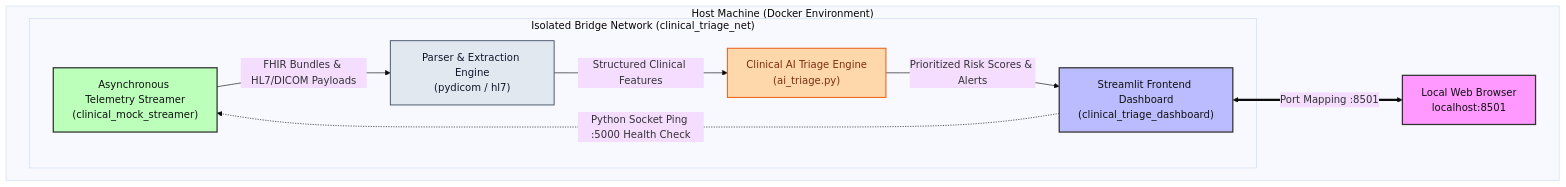
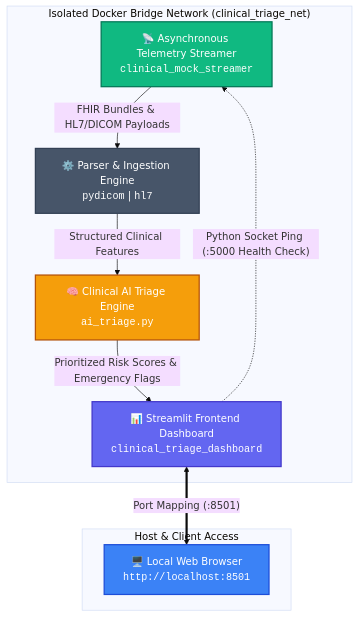
The diagram in README.md (dammyoguntuyi-ui/Clinical-AI-Triage-Pipeline), drawn with Mermaid (base theme) before and after one commit.

Commit message:
docs: optimize mermaid diagram for vertical rendering and contrast

````diff
--- a/README.md
+++ b/README.md
@@ -37,26 +37,35 @@
 ```mermaid
 flowchart TD
-    subgraph Host["Host Machine (Docker Environment)"]
-        Browser["Local Web Browser<br/>localhost:8501"]
-        
-        subgraph Bridge["Isolated Bridge Network (clinical_triage_net)"]
-            Streamer["Asynchronous Telemetry Streamer<br/>(clinical_mock_streamer)"]
-            Parser["Parser & Extraction Engine<br/>(pydicom / hl7)"]
-            Engine["Clinical AI Triage Engine<br/>(ai_triage.py)"]
-            Dashboard["Streamlit Frontend Dashboard<br/>(clinical_triage_dashboard)"]
-            
-            Streamer -->|"FHIR Bundles & HL7/DICOM Payloads"| Parser
-            Parser -->|"Structured Clinical Features"| Engine
-            Engine -->|"Prioritized Risk Scores & Alerts"| Dashboard
-            Dashboard -.->|"Python Socket Ping :5000 Health Check"| Streamer
-        end
-        
-        Dashboard <==>|"Port Mapping :8501"| Browser
+    subgraph Client["Host & Client Access"]
+        Browser["🖥️ Local Web Browser<br/><code>http://localhost:8501</code>"]
     end
 
-    style Browser fill:#f9f,stroke:#333,stroke-width:2px,color:#111
-    style Dashboard fill:#bbf,stroke:#333,stroke-width:2px,color:#111
-    style Streamer fill:#bfb,stroke:#333,stroke-width:2px,color:#111
-    style Parser fill:#e2e8f0,stroke:#475569,stroke-width:1.5px,color:#0f172a
-    style Engine fill:#fed7aa,stroke:#ea580c,stroke-width:1.5px,color:#7c2d12
+    subgraph Network["Isolated Docker Bridge Network (clinical_triage_net)"]
+        Streamer["📡 Asynchronous Telemetry Streamer<br/><code>clinical_mock_streamer</code>"]
+        
+        Parser["⚙️ Parser & Ingestion Engine<br/><code>pydicom</code> | <code>hl7</code>"]
+        
+        Engine["🧠 Clinical AI Triage Engine<br/><code>ai_triage.py</code>"]
+        
+        Dashboard["📊 Streamlit Frontend Dashboard<br/><code>clinical_triage_dashboard</code>"]
+        
+        Streamer -->|"FHIR Bundles & HL7/DICOM Payloads"| Parser
+        Parser -->|"Structured Clinical Features"| Engine
+        Engine -->|"Prioritized Risk Scores & Emergency Flags"| Dashboard
+        Dashboard -.->|"Python Socket Ping (:5000 Health Check)"| Streamer
+    end
+
+    Dashboard <==>|"Port Mapping (:8501)"| Browser
+
+    classDef client fill:#3b82f6,stroke:#1d4ed8,stroke-width:2px,color:#fff;
+    classDef streamer fill:#10b981,stroke:#047857,stroke-width:2px,color:#fff;
+    classDef engine fill:#f59e0b,stroke:#b45309,stroke-width:2px,color:#fff;
+    classDef dash fill:#6366f1,stroke:#4338ca,stroke-width:2px,color:#fff;
+    classDef parser fill:#475569,stroke:#334155,stroke-width:2px,color:#fff;
+
+    class Browser client;
+    class Streamer streamer;
+    class Parser parser;
+    class Engine engine;
+    class Dashboard dash;
 ```
````
